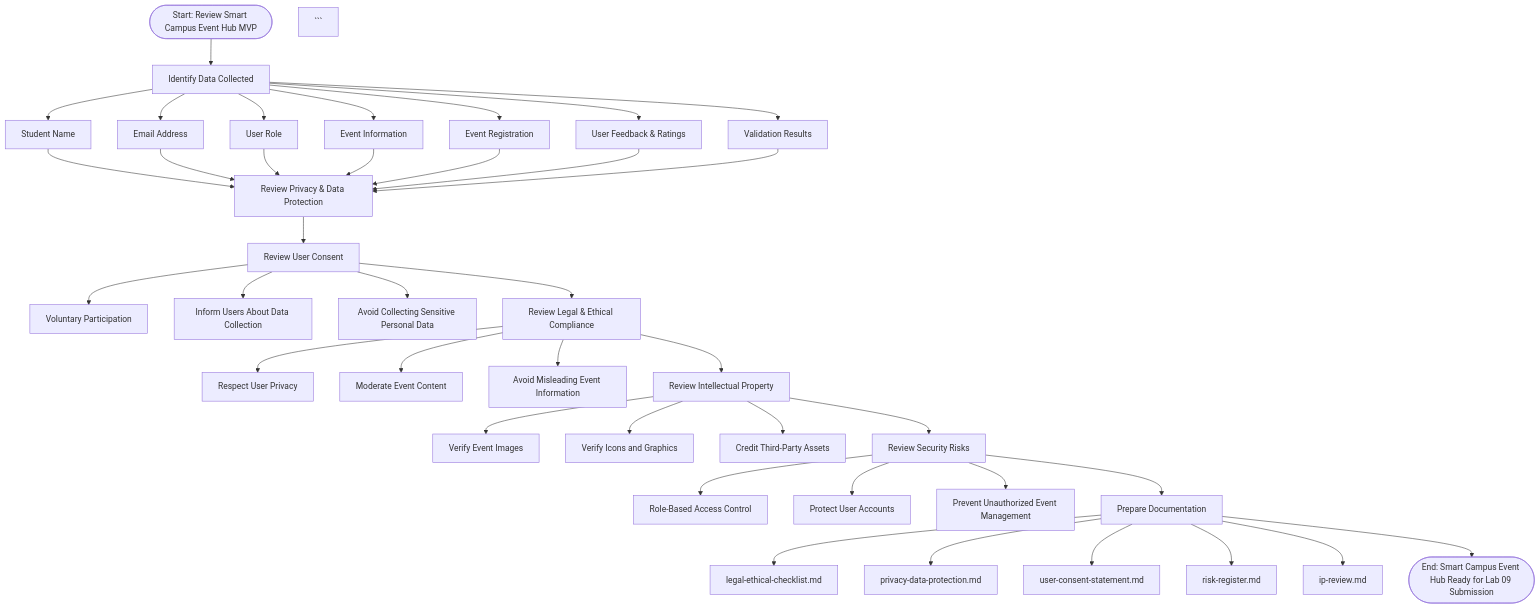
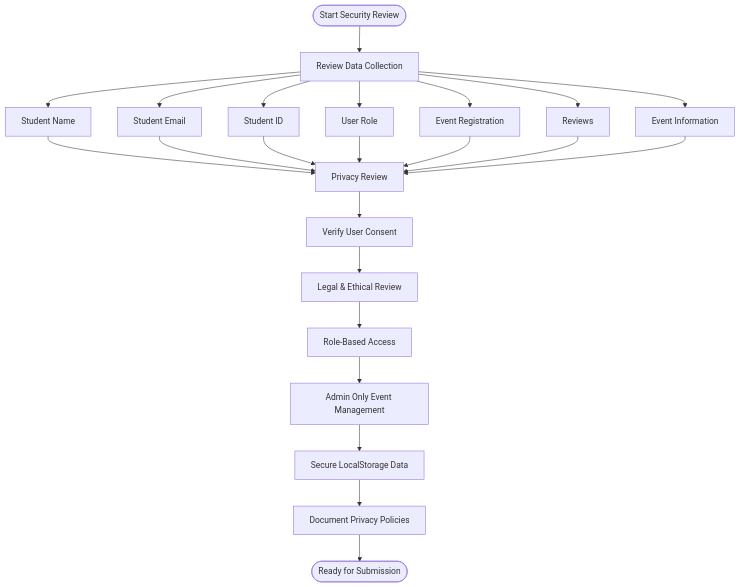
The diagram in diagrams/privacy-security-review.mmd (sonamd6807456/ICT105-DRUK-MVP), drawn with Mermaid before and after one commit.

````diff
--- a/diagrams/privacy-security-review.mmd
+++ b/diagrams/privacy-security-review.mmd
@@ -1,48 +1,35 @@
 flowchart TD
-    A([Start: Review Smart Campus Event Hub MVP]) --> B[Identify Data Collected]
 
-    B --> B1[Student Name]
-    B --> B2[Email Address]
-    B --> B3[User Role]
-    B --> B4[Event Information]
-    B --> B5[Event Registration]
-    B --> B6[User Feedback & Ratings]
-    B --> B7[Validation Results]
+    A([Start Security Review])
 
-    B1 --> C[Review Privacy & Data Protection]
-    B2 --> C
-    B3 --> C
-    B4 --> C
-    B5 --> C
-    B6 --> C
-    B7 --> C
+    A --> B[Review Data Collection]
 
-    C --> D[Review User Consent]
-    D --> D1[Voluntary Participation]
-    D --> D2[Inform Users About Data Collection]
-    D --> D3[Avoid Collecting Sensitive Personal Data]
+    B --> C1[Student Name]
+    B --> C2[Student Email]
+    B --> C3[Student ID]
+    B --> C4[User Role]
+    B --> C5[Event Registration]
+    B --> C6[Reviews]
+    B --> C7[Event Information]
 
-    D --> E[Review Legal & Ethical Compliance]
-    E --> E1[Respect User Privacy]
-    E --> E2[Moderate Event Content]
-    E --> E3[Avoid Misleading Event Information]
+    C1 --> D[Privacy Review]
+    C2 --> D
+    C3 --> D
+    C4 --> D
+    C5 --> D
+    C6 --> D
+    C7 --> D
 
-    E --> F[Review Intellectual Property]
-    F --> F1[Verify Event Images]
-    F --> F2[Verify Icons and Graphics]
-    F --> F3[Credit Third-Party Assets]
+    D --> E[Verify User Consent]
 
-    F --> G[Review Security Risks]
-    G --> G1[Role-Based Access Control]
-    G --> G2[Protect User Accounts]
-    G --> G3[Prevent Unauthorized Event Management]
+    E --> F[Legal & Ethical Review]
 
-    G --> H[Prepare Documentation]
-    H --> H1[legal-ethical-checklist.md]
-    H --> H2[privacy-data-protection.md]
-    H --> H3[user-consent-statement.md]
-    H --> H4[risk-register.md]
-    H --> H5[ip-review.md]
+    F --> G[Role-Based Access]
 
-    H --> I([End: Smart Campus Event Hub Ready for Lab 09 Submission])
-```
+    G --> H[Admin Only Event Management]
+
+    H --> I[Secure LocalStorage Data]
+
+    I --> J[Document Privacy Policies]
+
+    J --> K([Ready for Submission])
````
